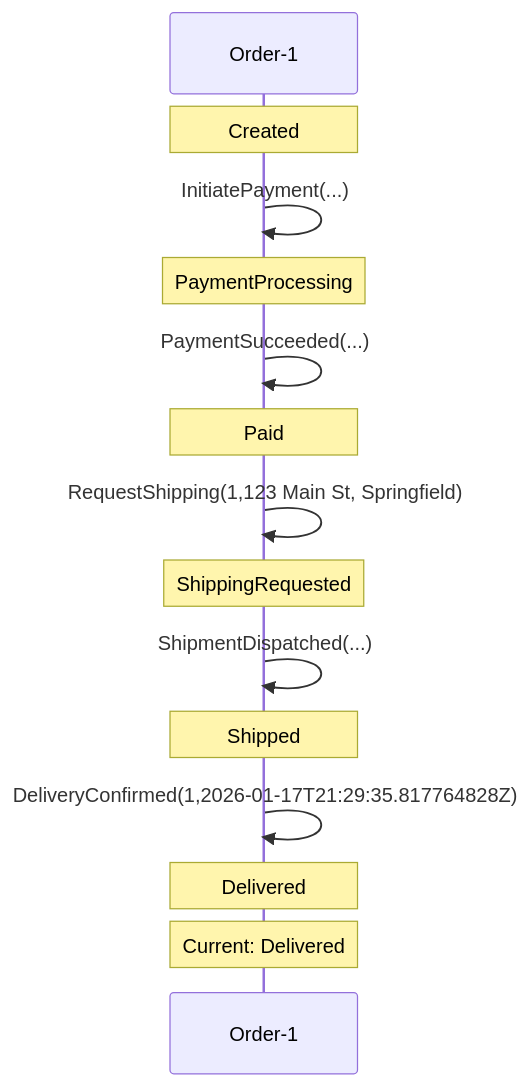
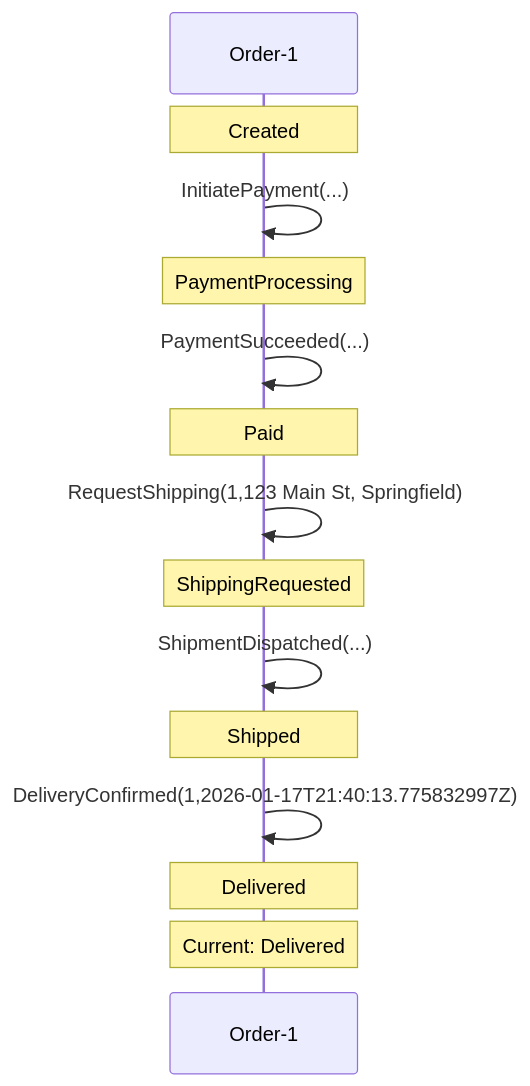
The first of 2 diagrams in docs/visualizations/order-1-trace.md (Iterable/mechanoid), drawn with Mermaid before and after one commit. The commit also changed 10 other files, not shown here.

````diff
--- a/docs/visualizations/order-1-trace.md
+++ b/docs/visualizations/order-1-trace.md
@@ -7,17 +7,17 @@
 ```mermaid
 sequenceDiagram
     participant FSM as Order-1
     Note over FSM: Created
     FSM->>FSM: InitiatePayment(...)
     Note over FSM: PaymentProcessing
     FSM->>FSM: PaymentSucceeded(...)
     Note over FSM: Paid
     FSM->>FSM: RequestShipping(1,123 Main St, Springfield)
     Note over FSM: ShippingRequested
     FSM->>FSM: ShipmentDispatched(...)
     Note over FSM: Shipped
-    FSM->>FSM: DeliveryConfirmed(1,2026-01-17T21:29:35.817764828Z)
+    FSM->>FSM: DeliveryConfirmed(1,2026-01-17T21:40:13.775832997Z)
     Note over FSM: Delivered
     Note over FSM: Current: Delivered
 
 ```
````
